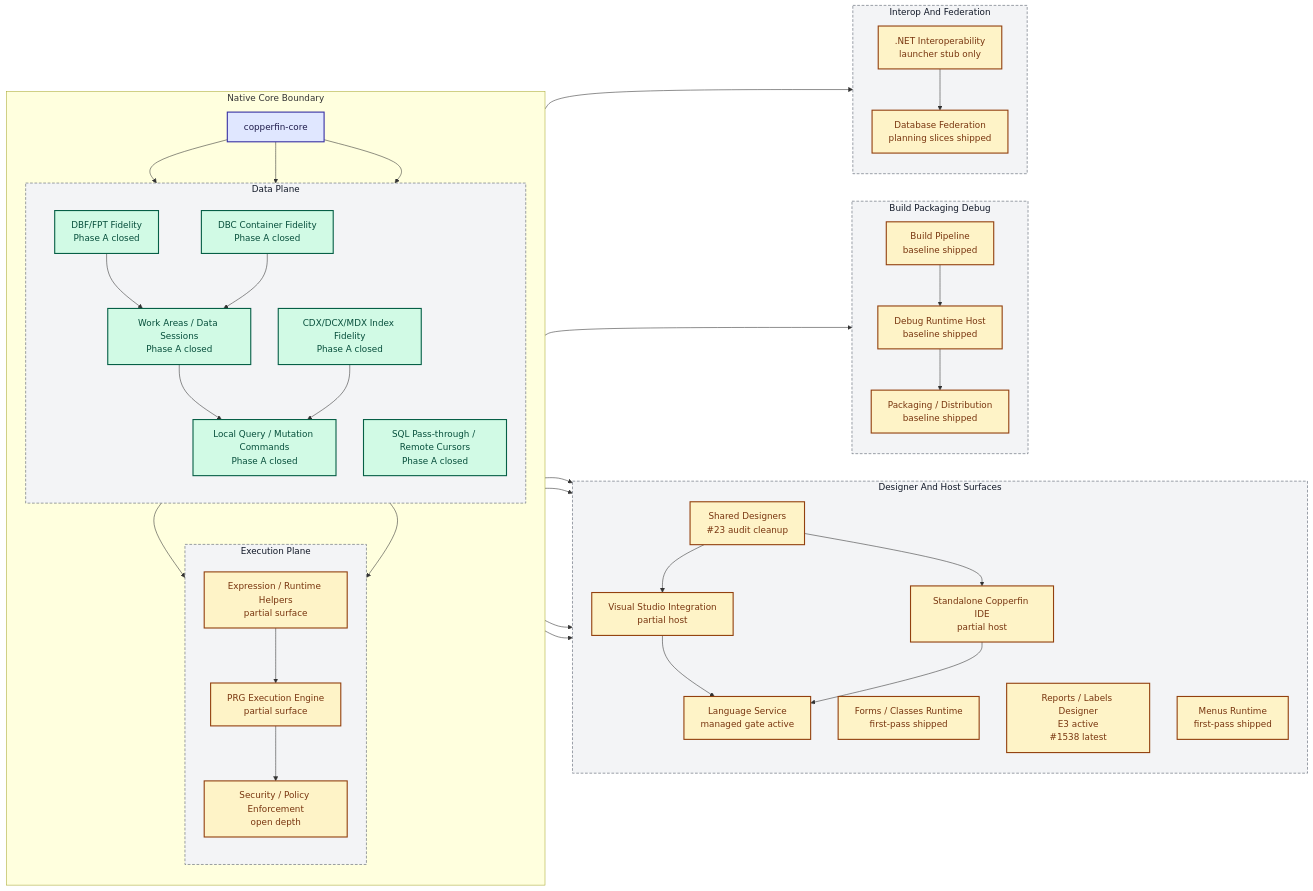
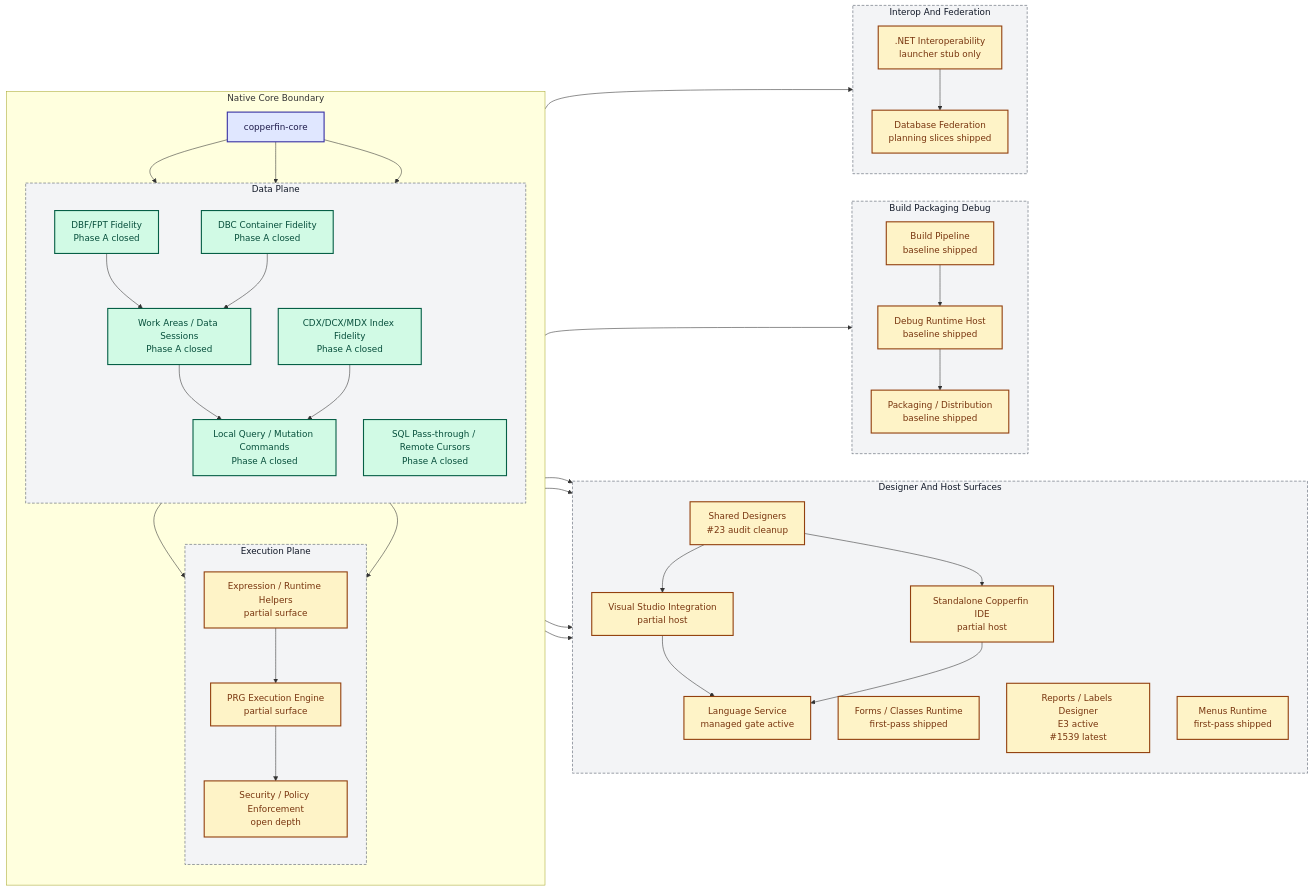
Before and after one commit to rhamenator/Project-Copperfin: the diagram in docs/02-architecture.md, drawn with Mermaid. The commit also changed 6 other files, not shown here.

```diff
--- a/docs/02-architecture.md
+++ b/docs/02-architecture.md
@@ -36,7 +36,7 @@
         direction TB
         DES["Shared Designers<br/>#23 audit cleanup"]
         FORMS["Forms / Classes Runtime<br/>first-pass shipped"]
-        RPT["Reports / Labels Designer<br/>E3 active<br/>#1538 latest"]
+        RPT["Reports / Labels Designer<br/>E3 active<br/>#1539 latest"]
         MENU["Menus Runtime<br/>first-pass shipped"]
         VS["Visual Studio Integration<br/>partial host"]
         IDE["Standalone Copperfin IDE<br/>partial host"]
```
